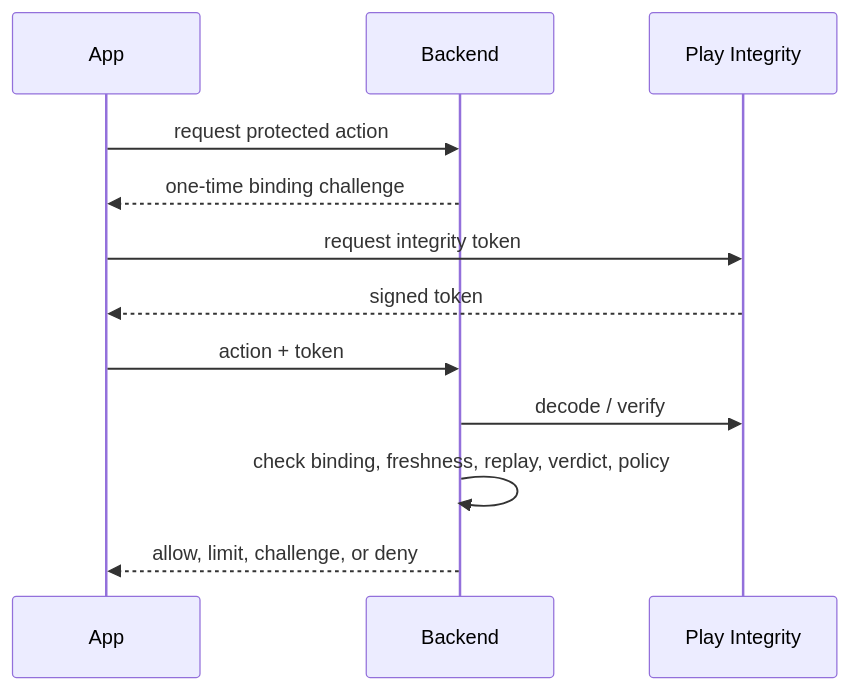
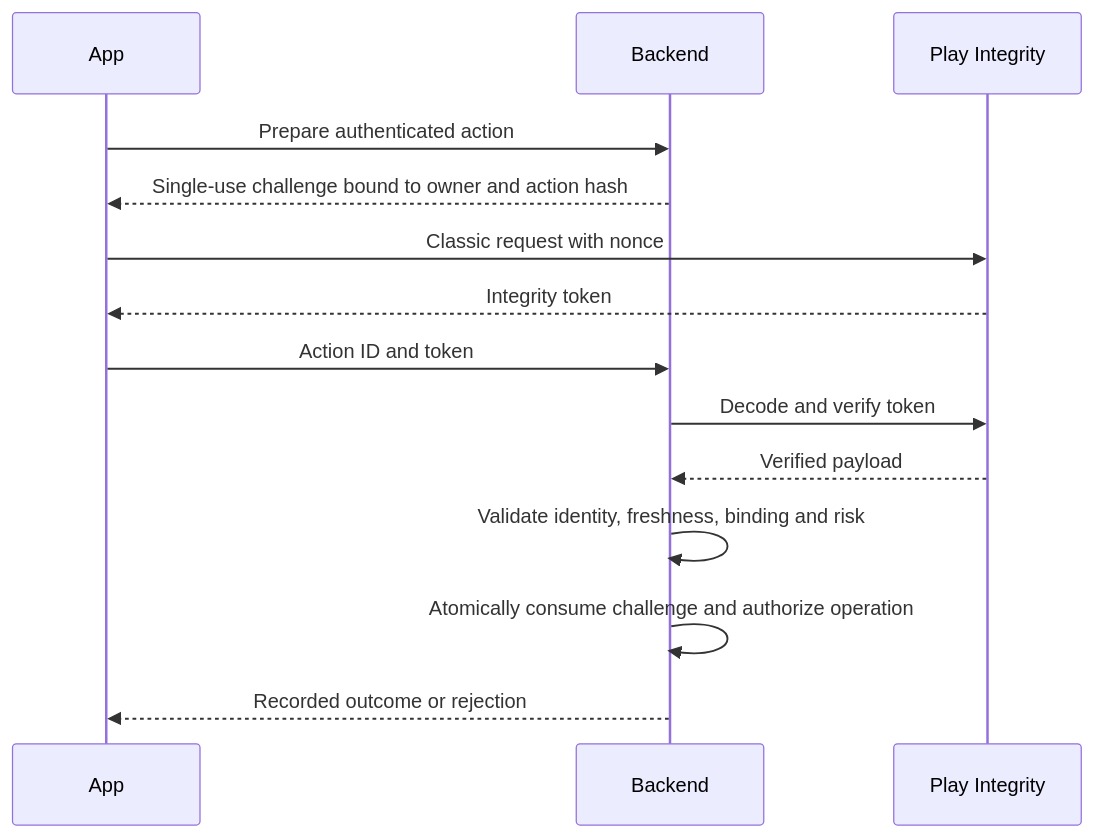
One commit to swarnsingh/android-staff-engineer-playbook-website changed the second of 2 diagrams in security/attestation.md. Above: the diagram before and after it, drawn with Mermaid. The commit also changed other lines of this file and 75 other files, not shown here.

````diff
--- a/security/attestation.md
+++ b/security/attestation.md
@@ -47,14 +64,16 @@
 ```mermaid
 sequenceDiagram
-    participant App
-    participant Backend
-    participant Play as Play Integrity
-    App->>Backend: request protected action
-    Backend-->>App: one-time binding challenge
-    App->>Play: request integrity token
-    Play-->>App: signed token
-    App->>Backend: action + token
-    Backend->>Play: decode / verify
-    Backend->>Backend: check binding, freshness, replay, verdict, policy
-    Backend-->>App: allow, limit, challenge, or deny
+    participant A as App
+    participant B as Backend
+    participant P as Play Integrity
+    A->>B: Prepare authenticated action
+    B-->>A: Single-use challenge bound to owner and action hash
+    A->>P: Classic request with nonce
+    P-->>A: Integrity token
+    A->>B: Action ID and token
+    B->>P: Decode and verify token
+    P-->>B: Verified payload
+    B->>B: Validate identity, freshness, binding and risk
+    B->>B: Atomically consume challenge and authorize operation
+    B-->>A: Recorded outcome or rejection
 ```
````
